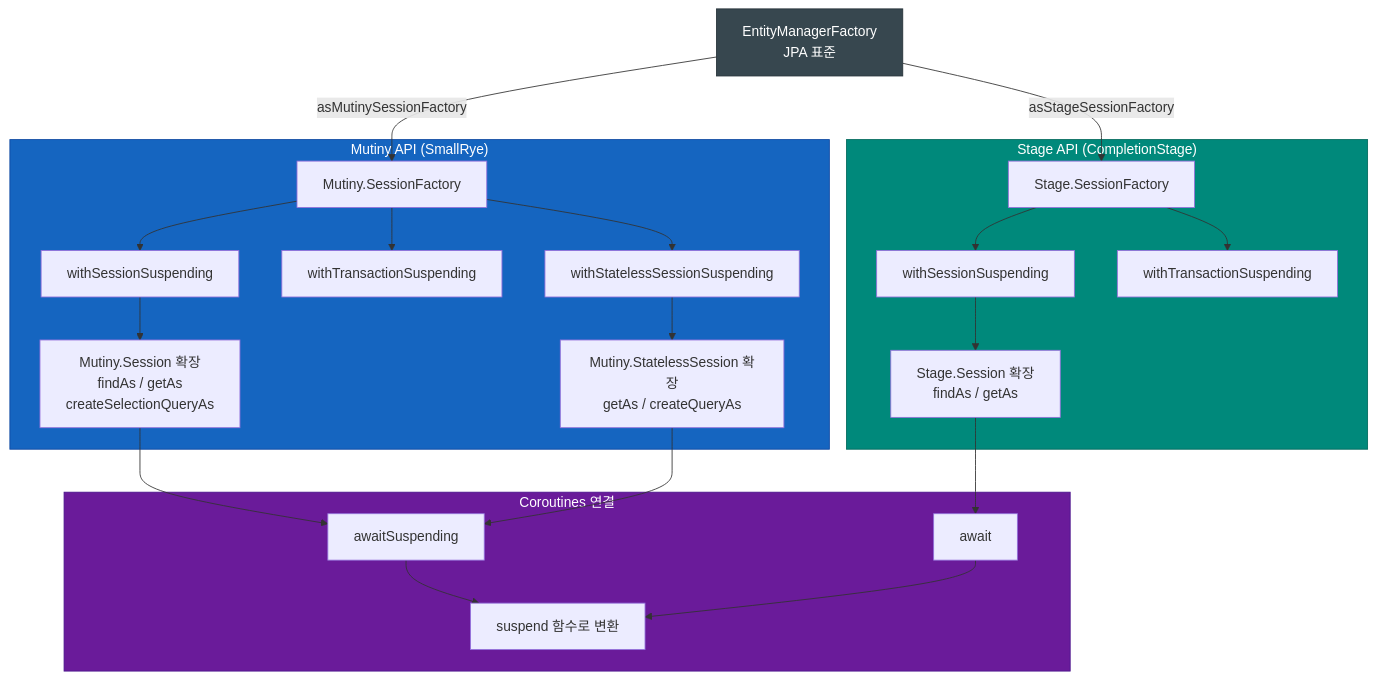
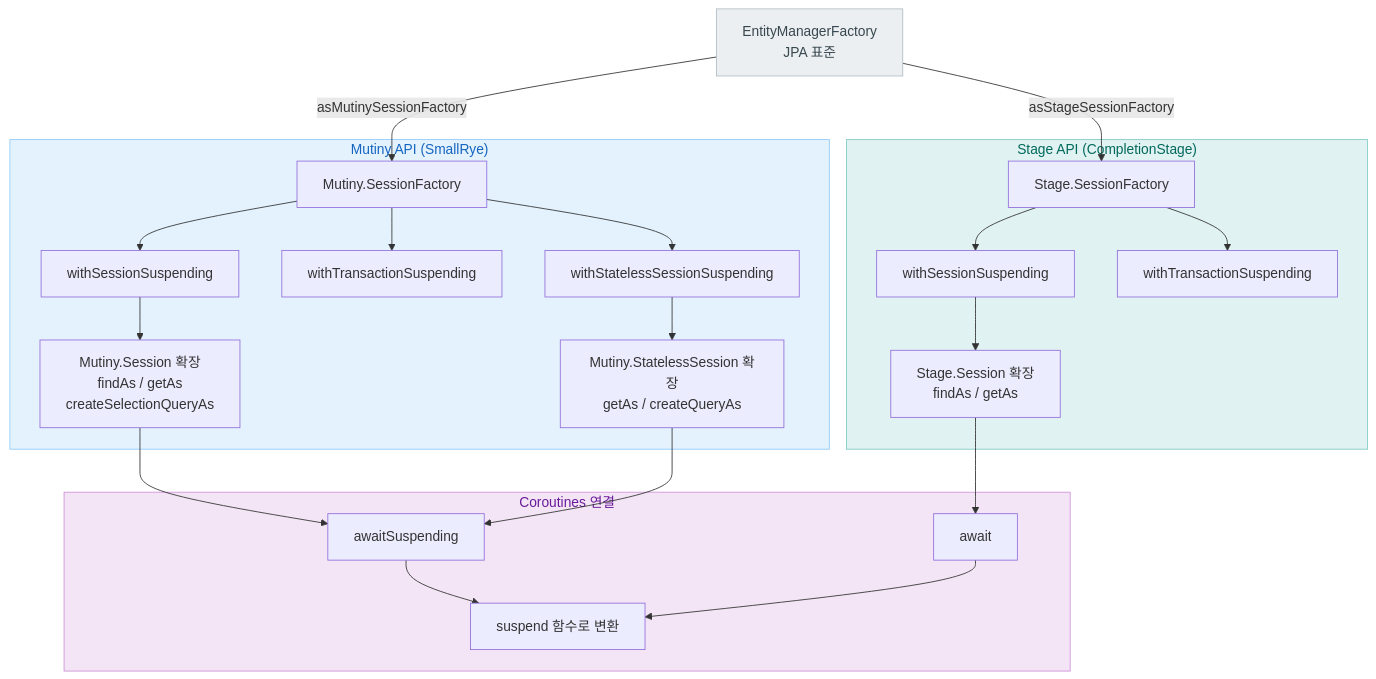
Before and after one commit to bluetape4k/bluetape4k-projects: the second of 3 diagrams in data/hibernate-reactive/README.ko.md, drawn with Mermaid. The commit also changed other lines of this file and 219 other files, not shown here.

First line of the commit message:
docs: 전체 README Mermaid 다이어그램 가이드 적용

````diff
--- a/data/hibernate-reactive/README.ko.md
+++ b/data/hibernate-reactive/README.ko.md
@@ -99,38 +99,38 @@
 ```mermaid
 flowchart TD
     A[EntityManagerFactory<br/>JPA 표준] -->|asMutinySessionFactory| B[Mutiny.SessionFactory]
     A -->|asStageSessionFactory| C[Stage.SessionFactory]
 
     subgraph Mutiny_API["Mutiny API (SmallRye)"]
         B --> D[withSessionSuspending]
         B --> E[withTransactionSuspending]
         B --> F[withStatelessSessionSuspending]
         D --> G[Mutiny.Session 확장<br/>findAs / getAs<br/>createSelectionQueryAs]
         F --> H[Mutiny.StatelessSession 확장<br/>getAs / createQueryAs]
     end
 
     subgraph Stage_API["Stage API (CompletionStage)"]
         C --> I[withSessionSuspending]
         C --> J[withTransactionSuspending]
         I --> K[Stage.Session 확장<br/>findAs / getAs]
     end
 
     subgraph Coroutines["Coroutines 연결"]
         L[awaitSuspending] --> M[suspend 함수로 변환]
         N[await] --> M
     end
 
     G --> L
     H --> L
     K --> N
 
-    classDef jpaStyle fill:#37474F,stroke:#263238,color:#FFFFFF
-    classDef mutinyStyle fill:#1565C0,stroke:#0D47A1,color:#FFFFFF
-    classDef stageStyle fill:#00897B,stroke:#00695C,color:#FFFFFF
-    classDef coroutineStyle fill:#6A1B9A,stroke:#4A148C,color:#FFFFFF
+    classDef jpaStyle fill:#ECEFF1,stroke:#B0BEC5,color:#37474F
+    classDef mutinyStyle fill:#E3F2FD,stroke:#90CAF9,color:#1565C0
+    classDef stageStyle fill:#E0F2F1,stroke:#80CBC4,color:#00695C
+    classDef coroutineStyle fill:#F3E5F5,stroke:#CE93D8,color:#6A1B9A
 
     class A jpaStyle
     class Mutiny_API mutinyStyle
     class Stage_API stageStyle
     class Coroutines coroutineStyle
 ```
````
